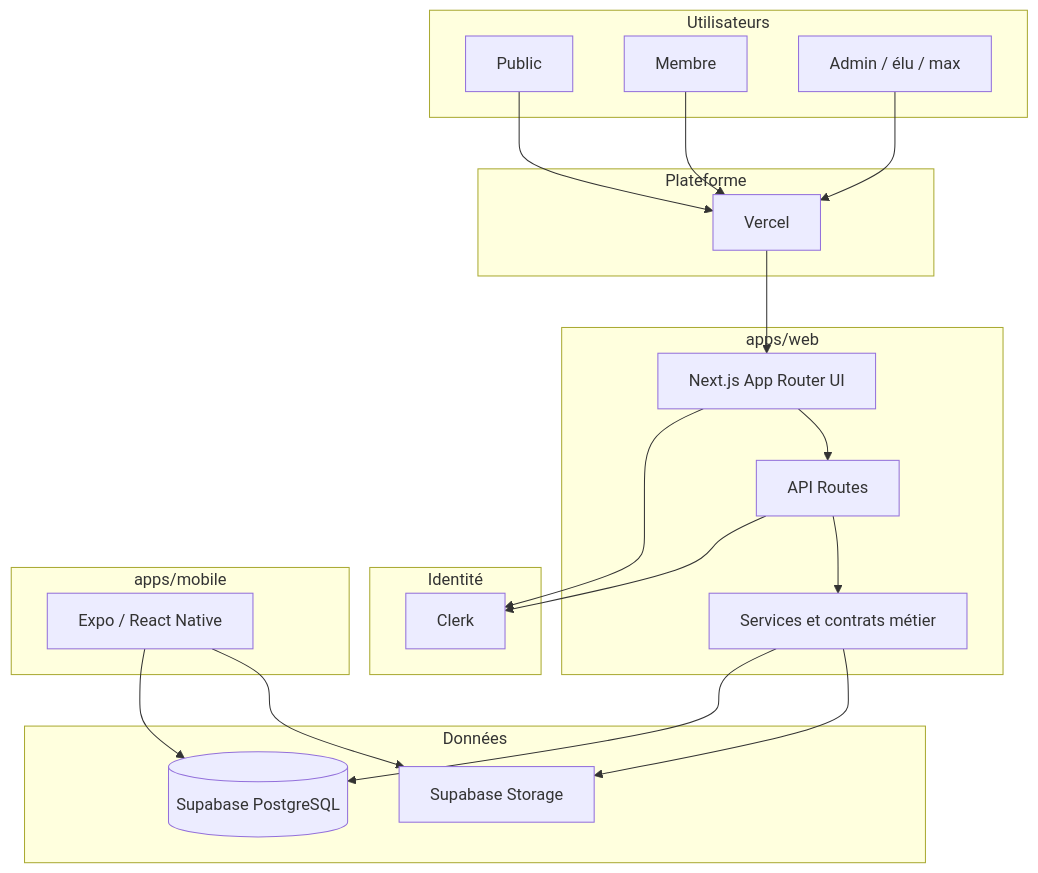
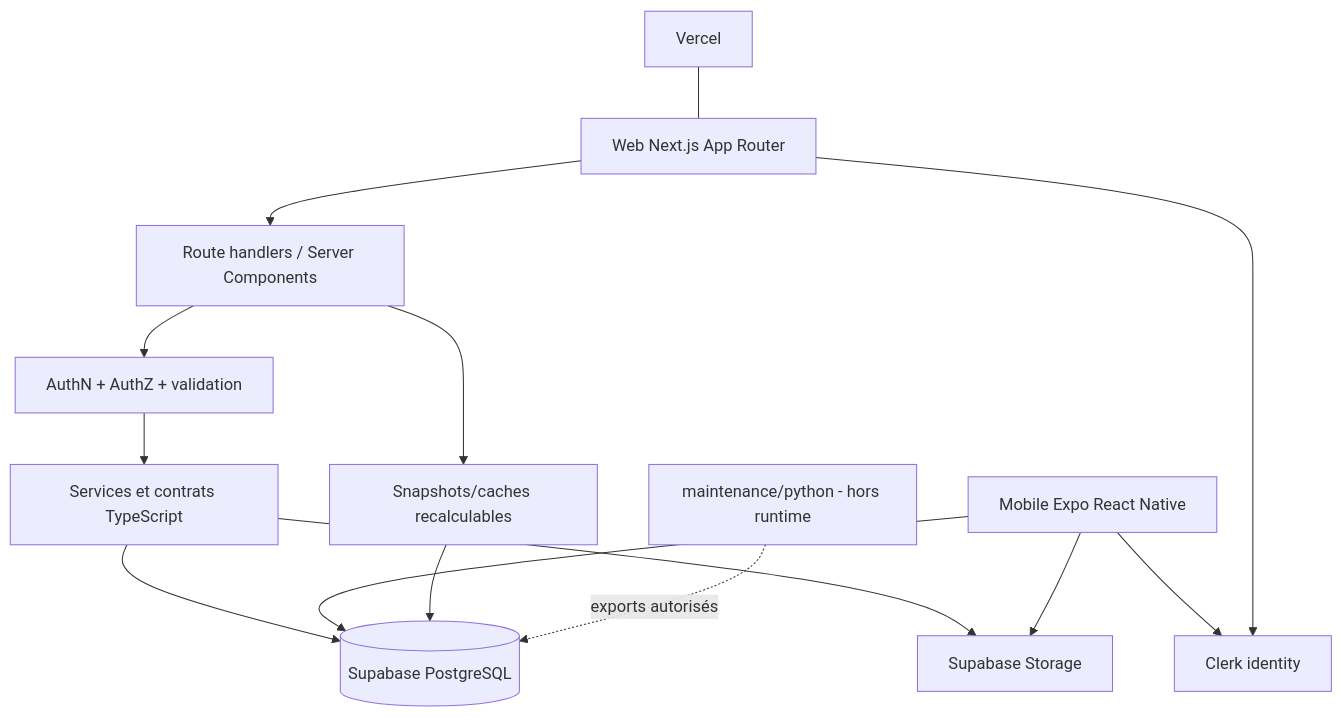
One commit to maxd4/CleanmyMap changed the first of 2 diagrams in documentation/architecture/master-architecture.md. Above: the diagram before and after it, drawn with Mermaid. The commit also changed other lines of this file and 13 other files, not shown here.

````diff
--- a/documentation/architecture/master-architecture.md
+++ b/documentation/architecture/master-architecture.md
@@ -28,44 +9,16 @@
 ```mermaid
-flowchart TD
-  subgraph Users[Utilisateurs]
-    PUBLIC[Public]
-    MEMBER[Membre]
-    ADMIN[Admin / élu / max]
-  end
-
-  subgraph Web[apps/web]
-    UI[Next.js App Router UI]
-    API[API Routes]
-    DOMAIN[Services et contrats métier]
-  end
-
-  subgraph Identity[Identité]
-    CLERK[Clerk]
-  end
-
-  subgraph Data[Données]
-    SUPABASE[(Supabase PostgreSQL)]
-    STORAGE[Supabase Storage]
-  end
-
-  subgraph Mobile[apps/mobile]
-    EXPO[Expo / React Native]
-  end
-
-  subgraph Platform[Plateforme]
-    VERCEL[Vercel]
-  end
-
-  PUBLIC --> VERCEL
-  MEMBER --> VERCEL
-  ADMIN --> VERCEL
-  VERCEL --> UI
-  UI --> CLERK
-  UI --> API
-  API --> CLERK
-  API --> DOMAIN
-  DOMAIN --> SUPABASE
-  DOMAIN --> STORAGE
-  EXPO --> SUPABASE
-  EXPO --> STORAGE
+flowchart TB
+  Web[Web Next.js App Router] --> API[Route handlers / Server Components]
+  Mobile[Mobile Expo React Native] --> Clerk[Clerk identity]
+  Web --> Clerk
+  API --> Auth[AuthN + AuthZ + validation]
+  Auth --> Domain[Services et contrats TypeScript]
+  Domain --> PG[(Supabase PostgreSQL)]
+  Domain --> Storage[Supabase Storage]
+  Mobile --> PG
+  Mobile --> Storage
+  API --> Snapshots[Snapshots/caches recalculables]
+  Snapshots --> PG
+  Offline[maintenance/python - hors runtime] -. exports autorisés .-> PG
+  Hosting[Vercel] --- Web
 ```
````
